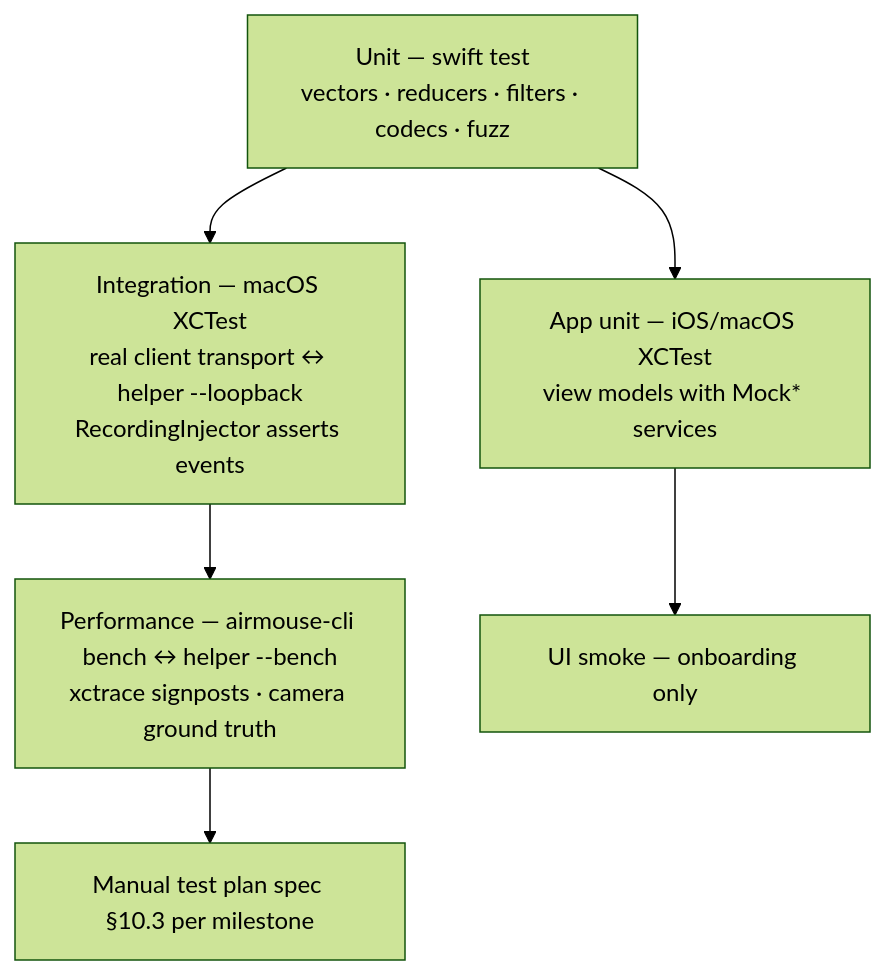
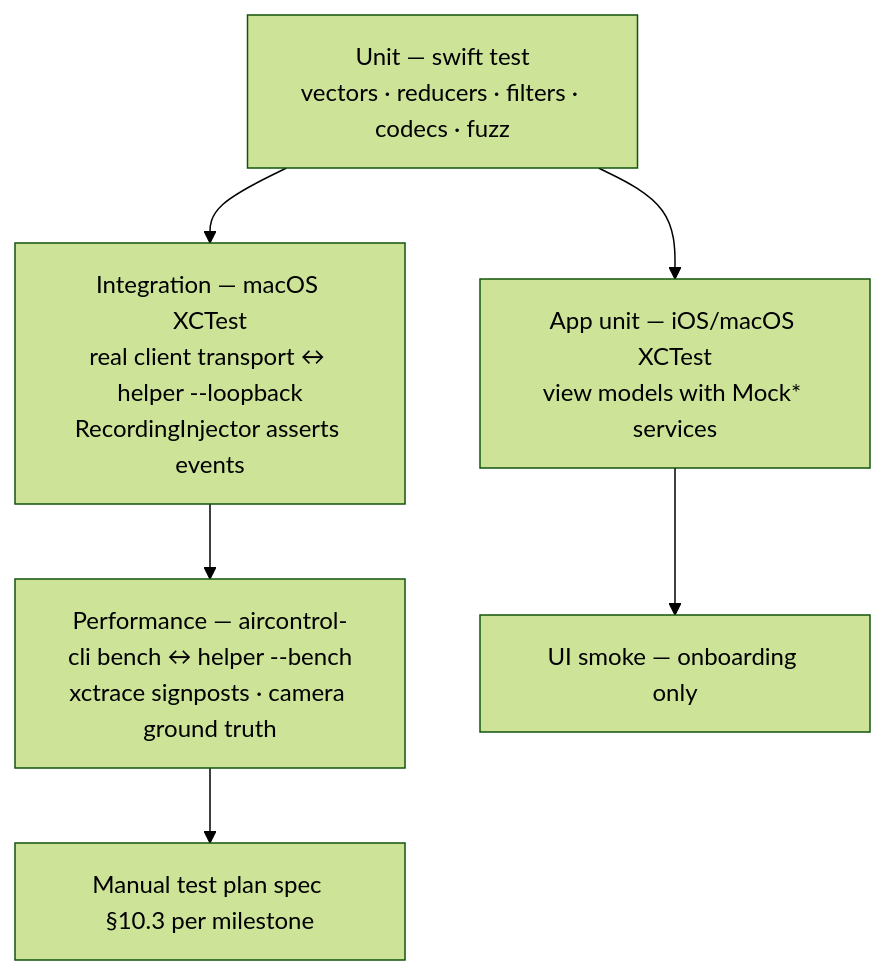
One commit to devashish2531/air-control changed diagram 11 of 11 in docs/04-architecture.md. Above: the diagram before and after it, drawn with Mermaid (forest theme). The commit also changed other lines of this file and 879 other files, not shown here.

````diff
--- a/docs/04-architecture.md
+++ b/docs/04-architecture.md
@@ -1052,8 +1052,8 @@
 ```mermaid
 flowchart TB
   U[Unit — swift test<br/>vectors · reducers · filters · codecs · fuzz] --> I[Integration — macOS XCTest<br/>real client transport ↔ helper --loopback<br/>RecordingInjector asserts events]
-  I --> P[Performance — airmouse-cli bench ↔ helper --bench<br/>xctrace signposts · camera ground truth]
+  I --> P[Performance — aircontrol-cli bench ↔ helper --bench<br/>xctrace signposts · camera ground truth]
   U --> A[App unit — iOS/macOS XCTest<br/>view models with Mock* services]
   A --> UI[UI smoke — onboarding only]
   P --> M[Manual test plan spec §10.3 per milestone]
 ```
````
